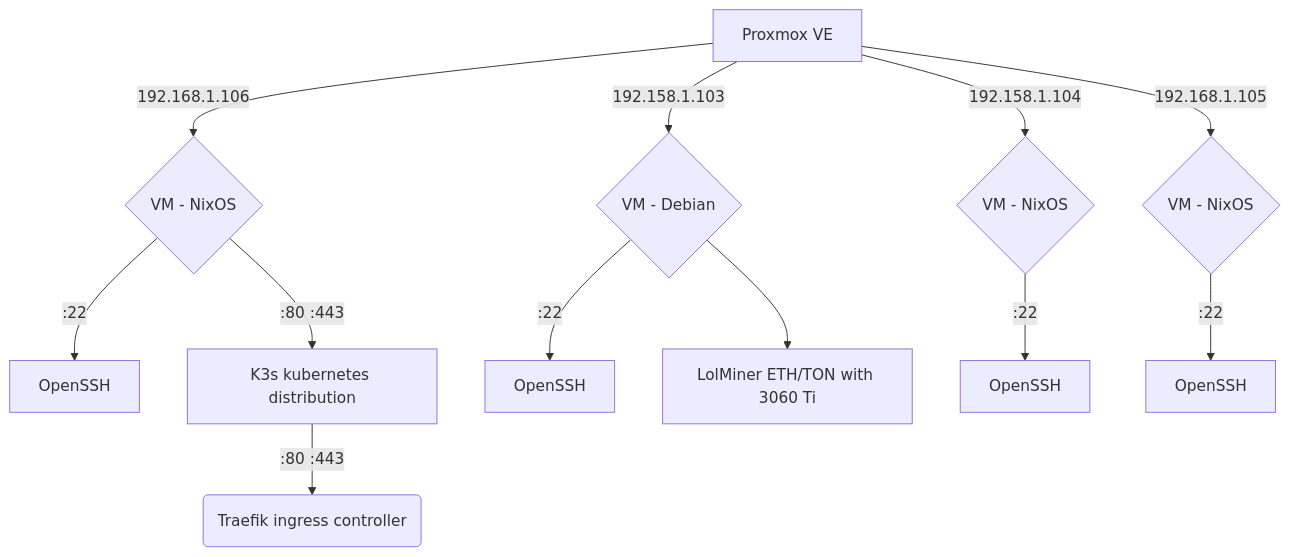
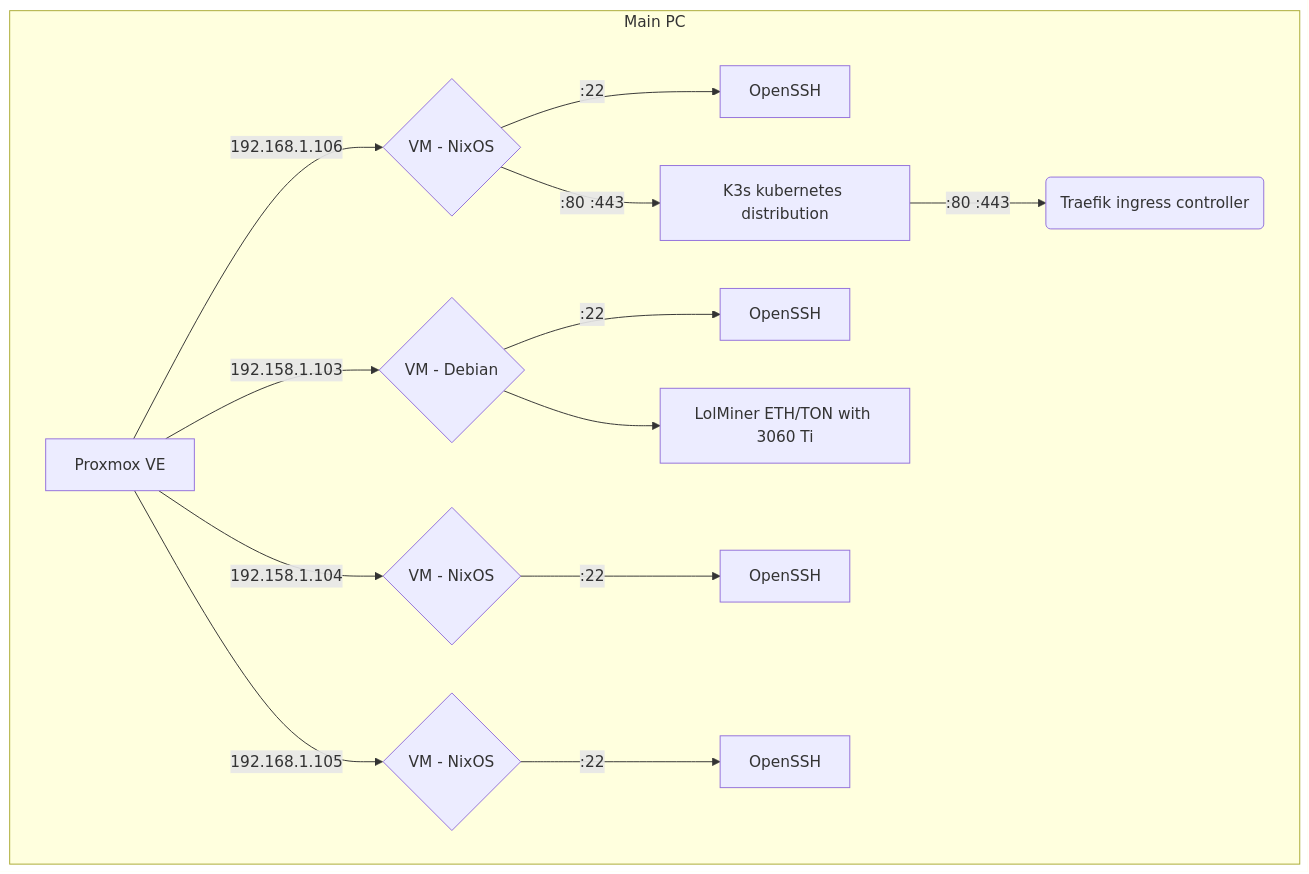
Before and after one commit to portothree/dotfiles: the diagram in homelab/README.md, drawn with Mermaid.

````diff
--- a/homelab/README.md
+++ b/homelab/README.md
@@ -3,14 +3,16 @@
 ```mermaid
-flowchart TD
-	A[Proxmox VE] -->|192.168.1.106| 100{VM - NixOS};
-	100 -->|:22| 100_ssh[OpenSSH];
-	100 -->|:80 :443| K3s[K3s kubernetes distribution];
-	K3s -->|:80 :443| Traefik(Traefik ingress controller);
-	A -->|192.158.1.103| 102{VM - Debian};
-	102 -->|:22| 102_ssh[OpenSSH];
-	102 --> lolminer[LolMiner ETH/TON with 3060 Ti];
-	A -->|192.158.1.104| 103{VM - NixOS};
-	103 -->|:22| 103_ssh[OpenSSH];
-	A -->|192.168.1.105| 104{VM - NixOS};
-	104 -->|:22| 104_ssh[OpenSSH];
+graph TD
+	subgraph Main PC
+		A[Proxmox VE] -->|192.168.1.106| 100{VM - NixOS};
+		100 -->|:22| 100_ssh[OpenSSH];
+		100 -->|:80 :443| K3s[K3s kubernetes distribution];
+		K3s -->|:80 :443| Traefik(Traefik ingress controller);
+		A -->|192.158.1.103| 102{VM - Debian};
+		102 -->|:22| 102_ssh[OpenSSH];
+		102 --> lolminer[LolMiner ETH/TON with 3060 Ti];
+		A -->|192.158.1.104| 103{VM - NixOS};
+		103 -->|:22| 103_ssh[OpenSSH];
+		A -->|192.168.1.105| 104{VM - NixOS};
+		104 -->|:22| 104_ssh[OpenSSH];
+	end
 ```
````
